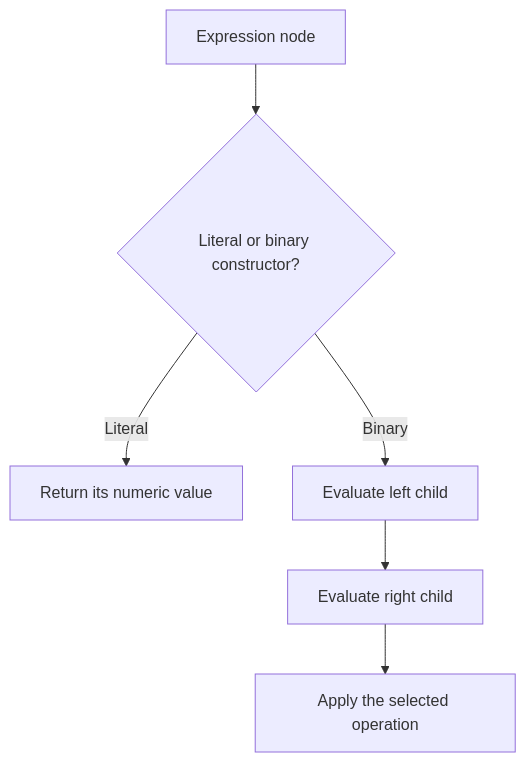
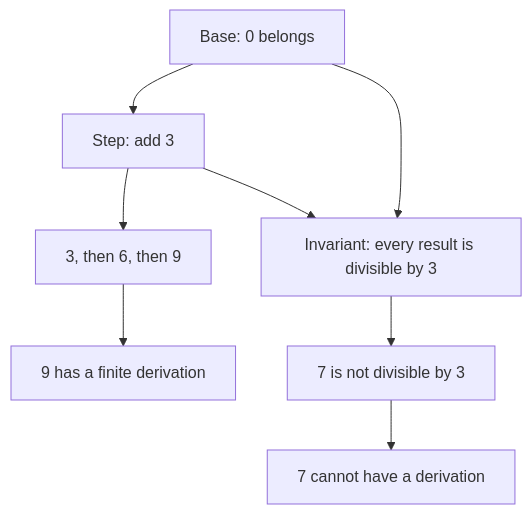
The diagram in dist/assets/diagrams/textbook-01-2.mmd (S0lluxx26/Programming_language_book_analyze), drawn with Mermaid before and after one commit. The commit also changed 194 other files, not shown here.

```diff
--- a/dist/assets/diagrams/textbook-01-2.mmd
+++ b/dist/assets/diagrams/textbook-01-2.mmd
@@ -1,8 +1,10 @@
 flowchart TD
-  accTitle: From a grammar constructor to an evaluator case
-  accDescr: A binary expression has two smaller syntax trees, whose values are combined by its semantic operation.
-  A["Expression node"] --> B{"Literal or binary constructor?"}
-  B -->|Literal| C["Return its numeric value"]
-  B -->|Binary| D["Evaluate left child"]
-  D --> E["Evaluate right child"]
-  E --> F["Apply the selected operation"]
+  accTitle: Decide membership from the rules, not from a few examples
+  accDescr: Derive nine by repeated construction and exclude seven using a preserved divisibility invariant.
+  A["Base: 0 belongs"] --> B["Step: add 3"]
+  B --> C["3, then 6, then 9"]
+  C --> D["9 has a finite derivation"]
+  A --> E["Invariant: every result is divisible by 3"]
+  B --> E
+  E --> F["7 is not divisible by 3"]
+  F --> G["7 cannot have a derivation"]
```
